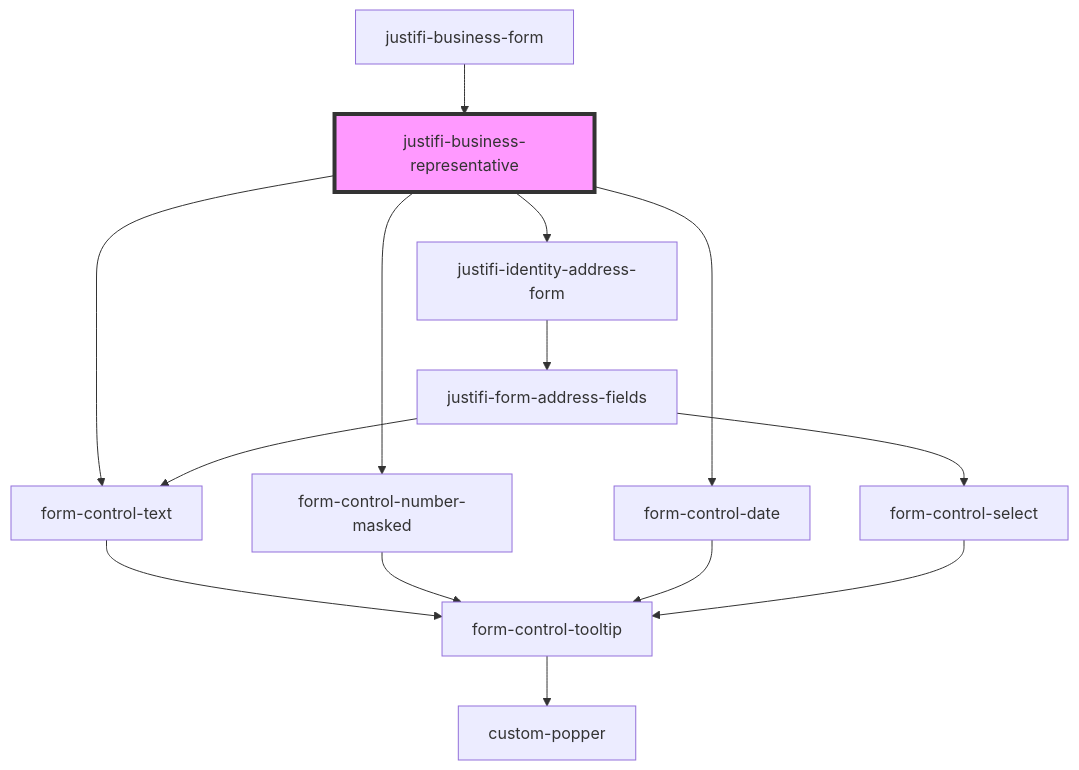
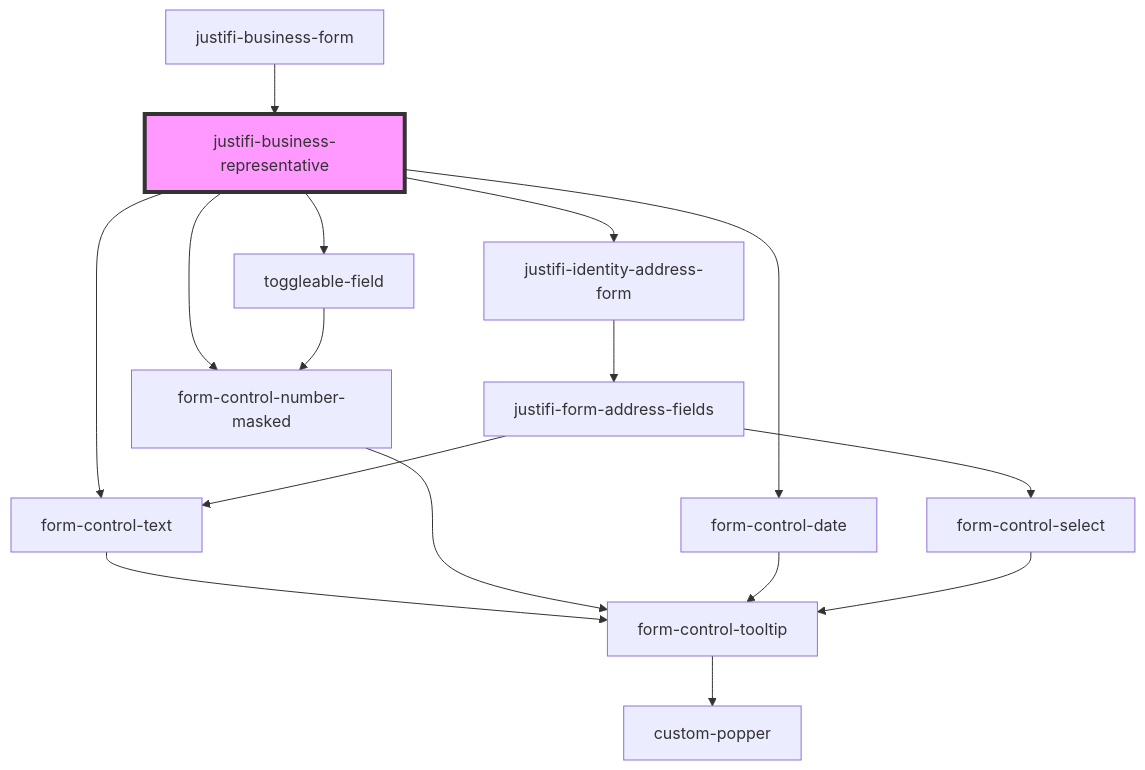
Before and after one commit to justifi-tech/web-component-library: the diagram in packages/webcomponents/src/components/business-forms/business-form/business-representative/README.md, drawn with Mermaid. The commit also changed other lines of this file and 21 other files, not shown here.

````diff
--- a/packages/webcomponents/src/components/business-forms/business-form/business-representative/README.md
+++ b/packages/webcomponents/src/components/business-forms/business-form/business-representative/README.md
@@ -30,17 +31,19 @@
 ```mermaid
 graph TD;
   justifi-business-representative --> form-control-text
   justifi-business-representative --> form-control-number-masked
   justifi-business-representative --> form-control-date
+  justifi-business-representative --> toggleable-field
   justifi-business-representative --> justifi-identity-address-form
   form-control-text --> form-control-tooltip
   form-control-tooltip --> custom-popper
   form-control-number-masked --> form-control-tooltip
   form-control-date --> form-control-tooltip
+  toggleable-field --> form-control-number-masked
   justifi-identity-address-form --> justifi-form-address-fields
   justifi-form-address-fields --> form-control-text
   justifi-form-address-fields --> form-control-select
   form-control-select --> form-control-tooltip
   justifi-business-form --> justifi-business-representative
   style justifi-business-representative fill:#f9f,stroke:#333,stroke-width:4px
 ```
````
